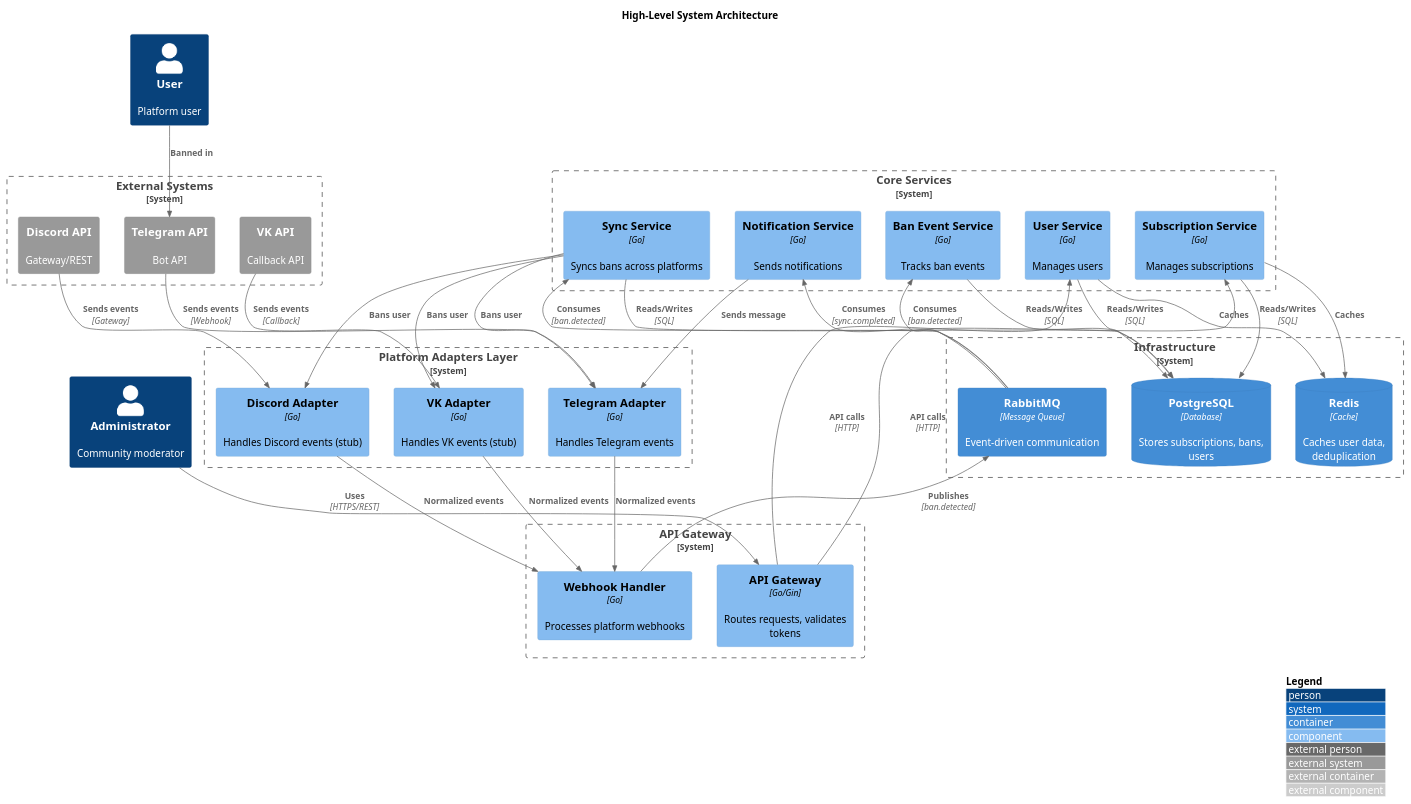
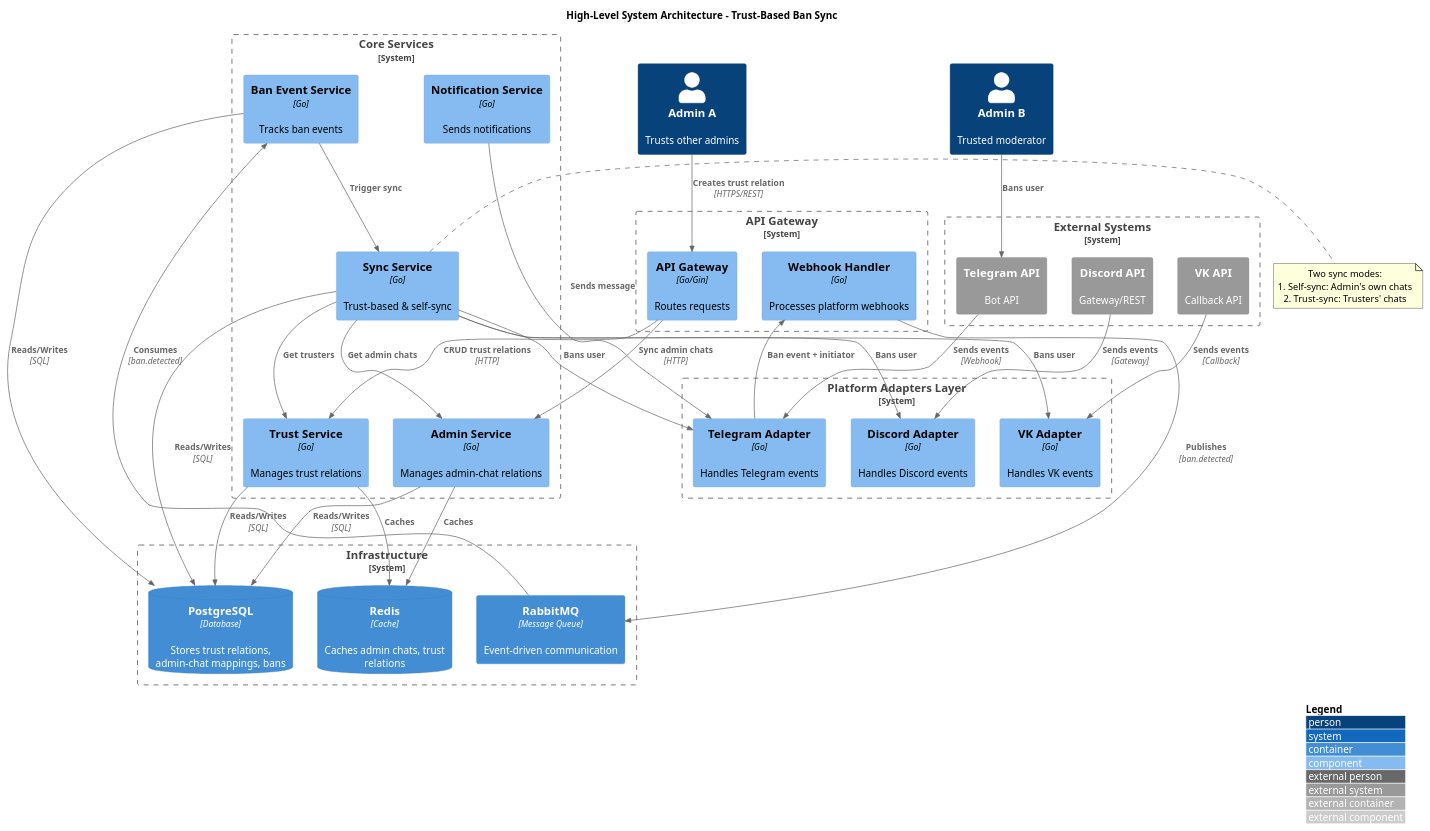
Before and after one commit to Eelyousha/dozor-service: the diagram in component_diagram.puml, drawn with PlantUML. The commit also changed 13 other files, not shown here.

Commit message:
Updated architecture

```diff
--- a/component_diagram.puml
+++ b/component_diagram.puml
@@ -1,75 +1,81 @@
 @startuml
 !include <C4/C4_Container>
 !include <C4/C4_Component>
 LAYOUT_WITH_LEGEND()
 
-title High-Level System Architecture
+title High-Level System Architecture - Trust-Based Ban Sync
 
-Person(admin, "Administrator", "Community moderator")
-Person(user, "User", "Platform user")
+Person(admin_a, "Admin A", "Trusts other admins")
+Person(admin_b, "Admin B", "Trusted moderator")
 
 System_Boundary(external, "External Systems") {
     System_Ext(telegram, "Telegram API", "Bot API")
     System_Ext(vk, "VK API", "Callback API")
     System_Ext(discord, "Discord API", "Gateway/REST")
 }
 
 System_Boundary(adapters, "Platform Adapters Layer") {
     Component(tg_adapter, "Telegram Adapter", "Go", "Handles Telegram events")
-    Component(vk_adapter, "VK Adapter", "Go", "Handles VK events (stub)")
-    Component(dc_adapter, "Discord Adapter", "Go", "Handles Discord events (stub)")
+    Component(vk_adapter, "VK Adapter", "Go", "Handles VK events")
+    Component(dc_adapter, "Discord Adapter", "Go", "Handles Discord events")
 }
 
 System_Boundary(gateway, "API Gateway") {
-    Component(api_gw, "API Gateway", "Go/Gin", "Routes requests, validates tokens")
+    Component(api_gw, "API Gateway", "Go/Gin", "Routes requests")
     Component(webhook_handler, "Webhook Handler", "Go", "Processes platform webhooks")
 }
 
 System_Boundary(core, "Core Services") {
-    Component(sub_service, "Subscription Service", "Go", "Manages subscriptions")
-    Component(user_service, "User Service", "Go", "Manages users")
+    Component(trust_service, "Trust Service", "Go", "Manages trust relations")
+    Component(admin_service, "Admin Service", "Go", "Manages admin-chat relations")
     Component(ban_service, "Ban Event Service", "Go", "Tracks ban events")
-    Component(sync_service, "Sync Service", "Go", "Syncs bans across platforms")
+    Component(sync_service, "Sync Service", "Go", "Trust-based & self-sync")
     Component(notif_service, "Notification Service", "Go", "Sends notifications")
 }
 
 System_Boundary(infra, "Infrastructure") {
-    ContainerDb(postgres, "PostgreSQL", "Database", "Stores subscriptions, bans, users")
-    ContainerDb(redis, "Redis", "Cache", "Caches user data, deduplication")
+    ContainerDb(postgres, "PostgreSQL", "Database", "Stores trust relations, admin-chat mappings, bans")
+    ContainerDb(redis, "Redis", "Cache", "Caches admin chats, trust relations")
     Container(rabbitmq, "RabbitMQ", "Message Queue", "Event-driven communication")
 }
 
-Rel(admin, api_gw, "Uses", "HTTPS/REST")
-Rel(user, telegram, "Banned in", "")
+Rel(admin_a, api_gw, "Creates trust relation", "HTTPS/REST")
+Rel(admin_b, telegram, "Bans user", "")
 
 Rel(telegram, tg_adapter, "Sends events", "Webhook")
 Rel(vk, vk_adapter, "Sends events", "Callback")
 Rel(discord, dc_adapter, "Sends events", "Gateway")
 
-Rel(tg_adapter, webhook_handler, "Normalized events", "")
-Rel(vk_adapter, webhook_handler, "Normalized events", "")
-Rel(dc_adapter, webhook_handler, "Normalized events", "")
+Rel(tg_adapter, webhook_handler, "Ban event + initiator", "")
+Rel(webhook_handler, rabbitmq, "Publishes", "ban.detected")
 
-Rel(webhook_handler, rabbitmq, "Publishes", "ban.detected")
-Rel(api_gw, sub_service, "API calls", "HTTP")
-Rel(api_gw, user_service, "API calls", "HTTP")
+Rel(api_gw, trust_service, "CRUD trust relations", "HTTP")
+Rel(api_gw, admin_service, "Sync admin chats", "HTTP")
 
 Rel(rabbitmq, ban_service, "Consumes", "ban.detected")
-Rel(rabbitmq, sync_service, "Consumes", "ban.detected")
-Rel(rabbitmq, notif_service, "Consumes", "sync.completed")
+Rel(ban_service, sync_service, "Trigger sync", "")
 
-Rel(sub_service, postgres, "Reads/Writes", "SQL")
+Rel(sync_service, trust_service, "Get trusters", "")
+Rel(sync_service, admin_service, "Get admin chats", "")
+
+Rel(trust_service, postgres, "Reads/Writes", "SQL")
+Rel(admin_service, postgres, "Reads/Writes", "SQL")
 Rel(ban_service, postgres, "Reads/Writes", "SQL")
-Rel(user_service, postgres, "Reads/Writes", "SQL")
 Rel(sync_service, postgres, "Reads/Writes", "SQL")
 
-Rel(sub_service, redis, "Caches", "")
-Rel(user_service, redis, "Caches", "")
+Rel(trust_service, redis, "Caches", "")
+Rel(admin_service, redis, "Caches", "")
 
 Rel(sync_service, tg_adapter, "Bans user", "")
 Rel(sync_service, vk_adapter, "Bans user", "")
 Rel(sync_service, dc_adapter, "Bans user", "")
 
 Rel(notif_service, tg_adapter, "Sends message", "")
 
+note right of sync_service
+  Two sync modes:
+  1. Self-sync: Admin's own chats
+  2. Trust-sync: Trusters' chats
+end note
+
 @enduml
```
